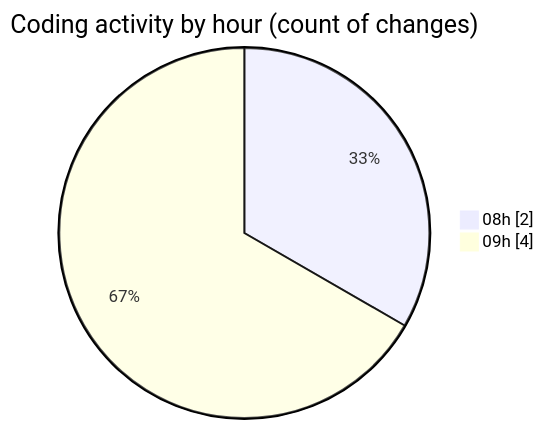
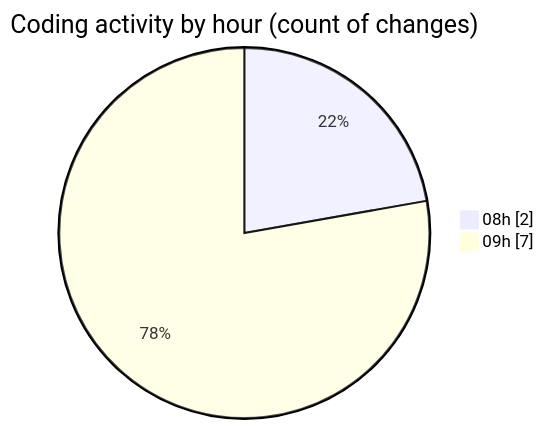
The second of 2 diagrams in 2025-05-30/cda/README.md (momahboobian/code-tracking), drawn with Mermaid before and after one commit. The commit also changed other lines of this file and 1 other file, not shown here.

````diff
--- a/2025-05-30/cda/README.md
+++ b/2025-05-30/cda/README.md
@@ -28,6 +28,6 @@
 ```mermaid
 pie showData
 title Coding activity by hour (count of changes)
 "08h" : 2
-"09h" : 4
+"09h" : 7
 ```
````
